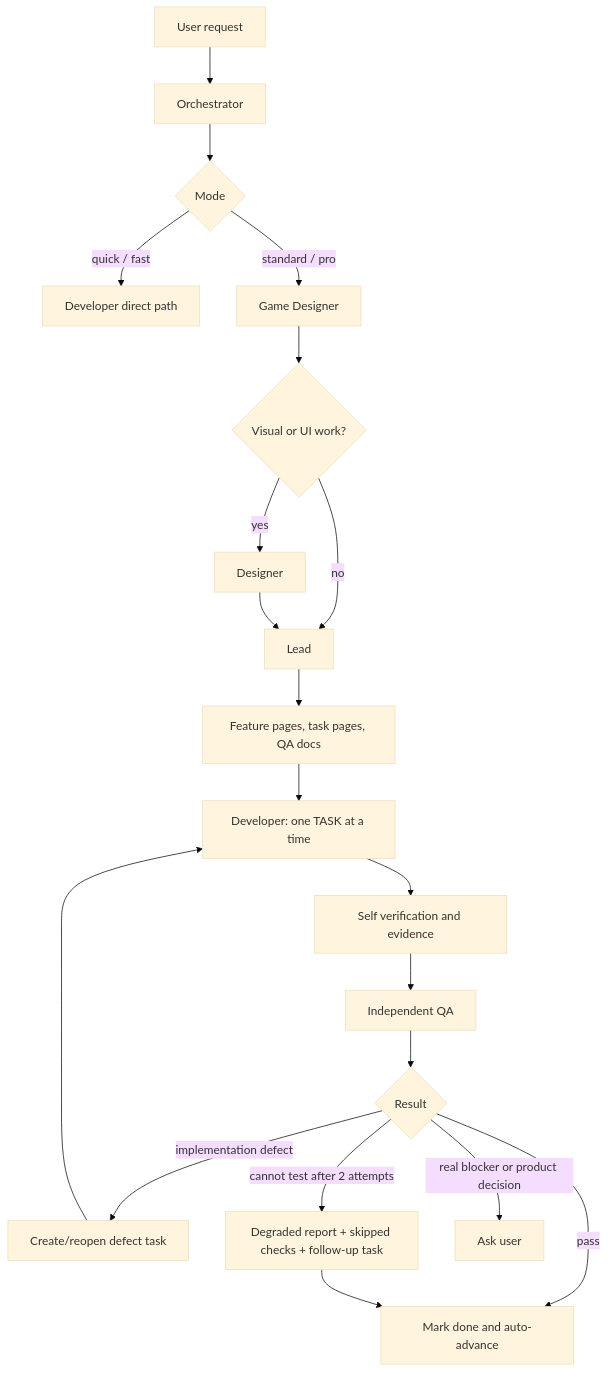
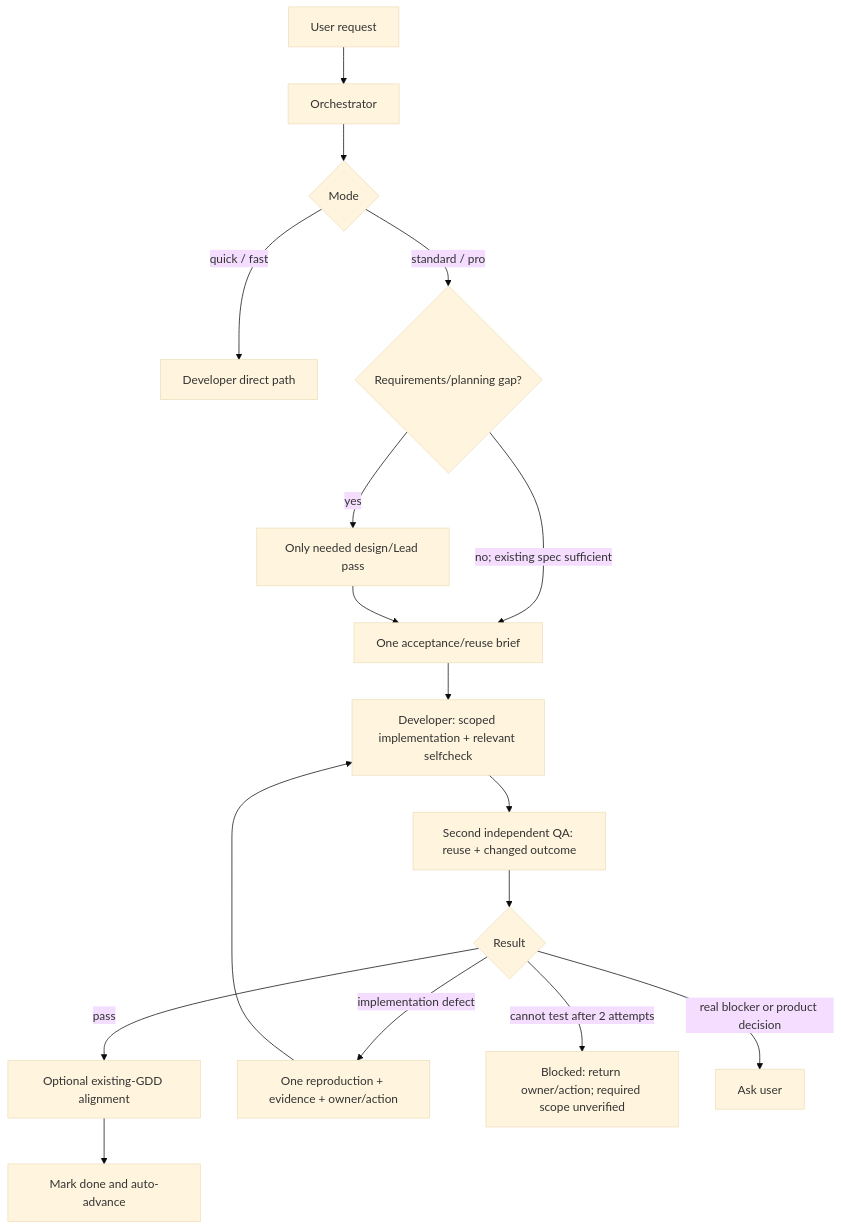
The diagram in README.md (NeoXider/unity-game-agent), drawn with Mermaid (base theme) before and after one commit. The commit also changed other lines of this file and 16 other files, not shown here.

First line of the commit message:
Use compact Developer and independent QA workflow with enforced reuse

````diff
--- a/README.md
+++ b/README.md
@@ -44,22 +49,19 @@
 ```mermaid
 flowchart TD
   A["User request"] --> O["Orchestrator"]
   O --> M{"Mode"}
   M -->|"quick / fast"| D["Developer direct path"]
-  M -->|"standard / pro"| GD["Game Designer"]
-  GD --> V{"Visual or UI work?"}
-  V -->|"yes"| UX["Designer"]
-  V -->|"no"| L["Lead"]
-  UX --> L
-  L --> P["Feature pages, task pages, QA docs"]
-  P --> DEV["Developer: one TASK at a time"]
-  DEV --> SELF["Self verification and evidence"]
-  SELF --> QA["Independent QA"]
+  M -->|"standard / pro"| GAP{"Requirements/planning gap?"}
+  GAP -->|"yes"| FILL["Only needed design/Lead pass"]
+  GAP -->|"no; existing spec sufficient"| P["One acceptance/reuse brief"]
+  FILL --> P
+  P --> DEV["Developer: scoped implementation + relevant selfcheck"]
+  DEV --> QA["Second independent QA: reuse + changed outcome"]
   QA --> R{"Result"}
-  R -->|"pass"| NEXT["Mark done and auto-advance"]
-  R -->|"implementation defect"| BUG["Create/reopen defect task"]
+  R -->|"pass"| GD["Optional existing-GDD alignment"]
+  GD --> NEXT["Mark done and auto-advance"]
+  R -->|"implementation defect"| BUG["One reproduction + evidence + owner/action"]
   BUG --> DEV
-  R -->|"cannot test after 2 attempts"| DEG["Degraded report + skipped checks + follow-up task"]
-  DEG --> NEXT
+  R -->|"cannot test after 2 attempts"| DEG["Blocked: return owner/action; required scope unverified"]
   R -->|"real blocker or product decision"| ASK["Ask user"]
 ```
````
